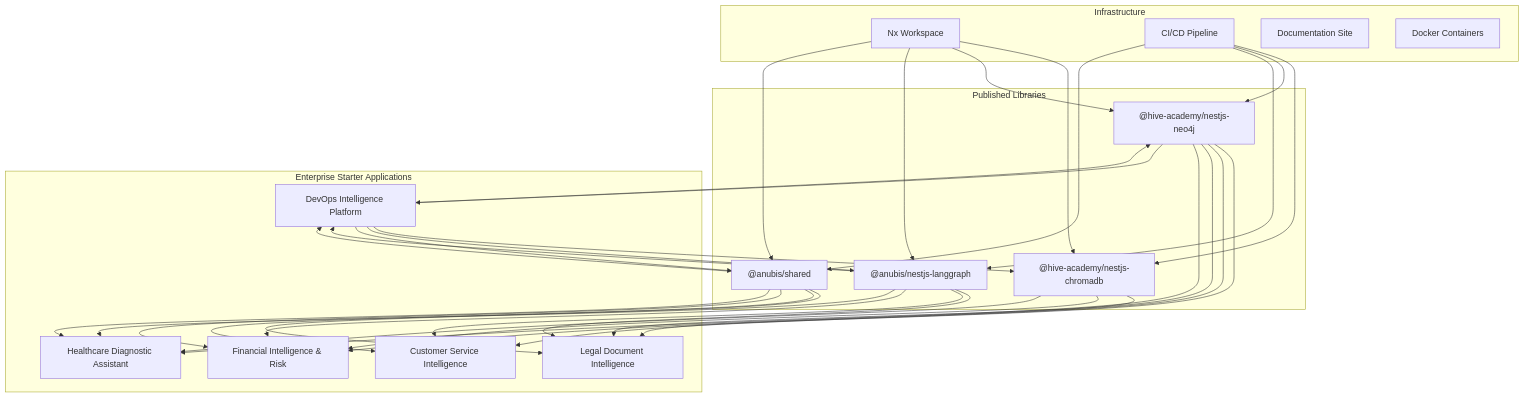
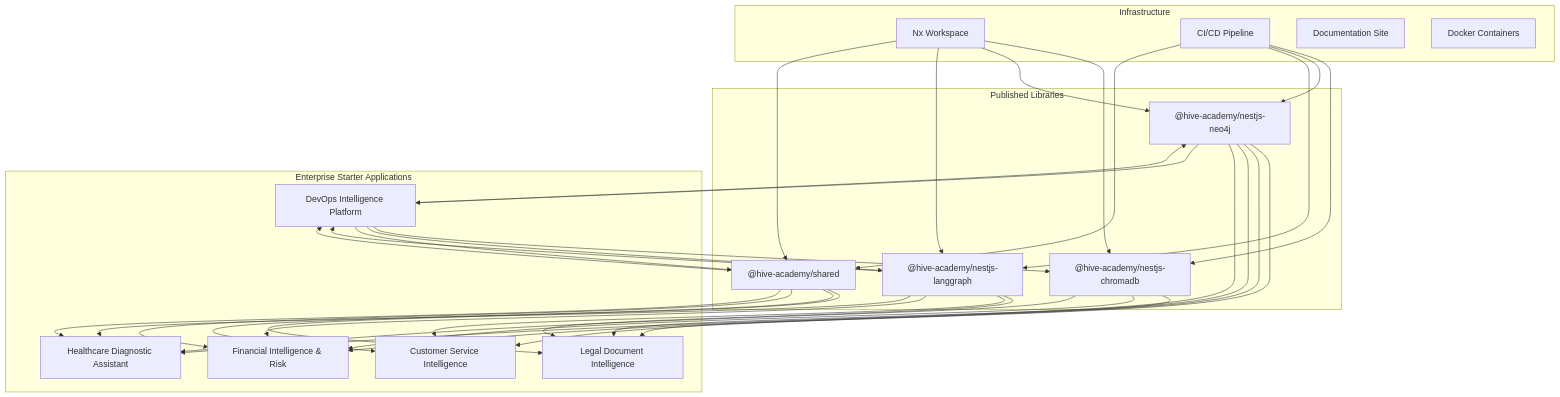
One commit to Hive-Academy/nestjs-ai-saas-starter changed the diagram in .kiro/specs/ai-saas-starter-ecosystem/design.md. Above: the diagram before and after it, drawn with Mermaid. The commit also changed other lines of this file and 44 other files, not shown here.

````diff
--- a/.kiro/specs/ai-saas-starter-ecosystem/design.md
+++ b/.kiro/specs/ai-saas-starter-ecosystem/design.md
@@ -11,56 +11,56 @@
 ```mermaid
 graph TB
     subgraph "Published Libraries"
         A["@hive-academy/nestjs-chromadb"]
         B["@hive-academy/nestjs-neo4j"]
-        C["@anubis/nestjs-langgraph"]
-        D["@anubis/shared"]
+        C["@hive-academy/nestjs-langgraph"]
+        D["@hive-academy/shared"]
     end
-    
+
     subgraph "Enterprise Starter Applications"
         E[Legal Document Intelligence]
         F[Customer Service Intelligence]
         G[Financial Intelligence & Risk]
         H[Healthcare Diagnostic Assistant]
         I[DevOps Intelligence Platform]
     end
-    
+
     subgraph "Infrastructure"
         J[Nx Workspace]
         K[CI/CD Pipeline]
         L[Documentation Site]
         M[Docker Containers]
     end
-    
+
     A --> E
     A --> G
     A --> H
     B --> E
     B --> F
     B --> G
     B --> H
     B --> I
     C --> E
     C --> F
     C --> G
     C --> H
     C --> I
     D --> E
     D --> F
     D --> G
     D --> H
     D --> I
-    
+
     J --> A
     J --> B
     J --> C
     J --> D
     K --> A
     K --> B
     K --> C
     K --> D
     I --> A
     I --> B
     I --> C
     I --> D
 ```
````
